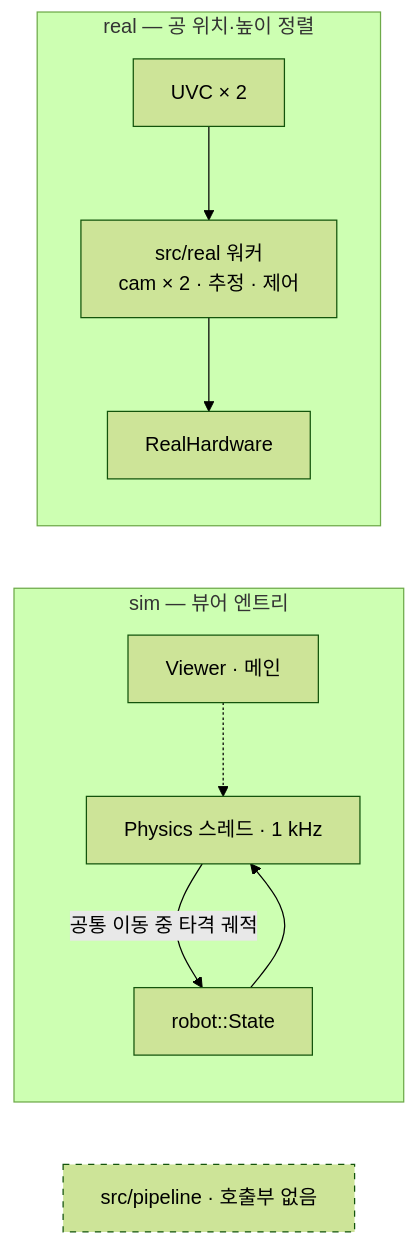
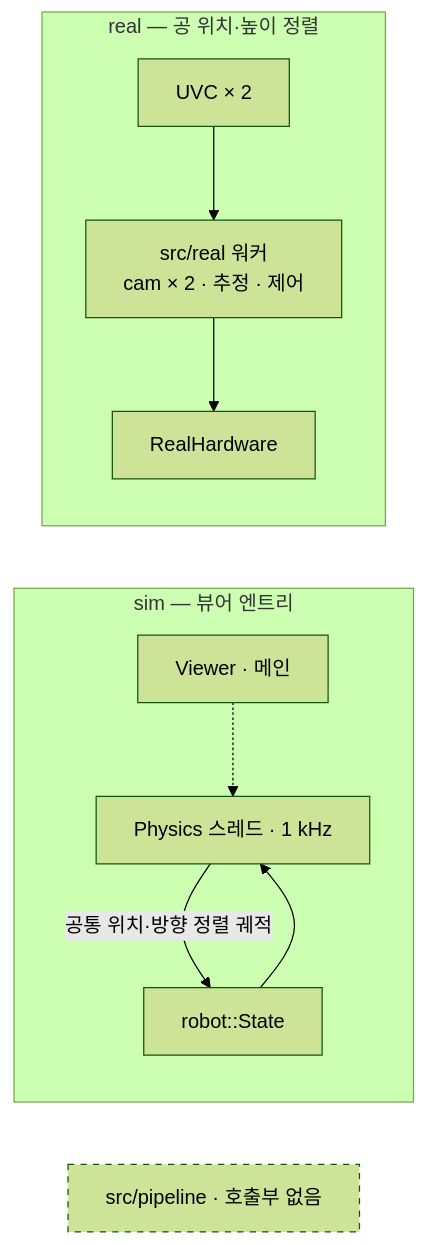
Before and after one commit to luv-all/pingpong-bot: the third of 4 diagrams in README.md, drawn with Mermaid (forest theme). The commit also changed other lines of this file and 10 other files, not shown here.

````diff
--- a/README.md
+++ b/README.md
@@ -414,21 +413,21 @@
 ```mermaid
 flowchart LR
   subgraph simSide ["sim — 뷰어 엔트리"]
     viewer["Viewer · 메인"]
     physics["Physics 스레드 · 1 kHz"]
     simHw["robot::State"]
     viewer -.-> physics
-    physics -->|"공통 이동 중 타격 궤적"| simHw
+    physics -->|"공통 위치·방향 정렬 궤적"| simHw
     simHw --> physics
   end
 
   subgraph realSide ["real — 공 위치·높이 정렬"]
     realCamera["UVC × 2"]
     realWorkers["src/real 워커<br/>cam × 2 · 추정 · 제어"]
     realHw["RealHardware"]
     realCamera --> realWorkers --> realHw
   end
 
   dead["src/pipeline · 호출부 없음"]
   style dead stroke-dasharray: 5 5
 ```
````
